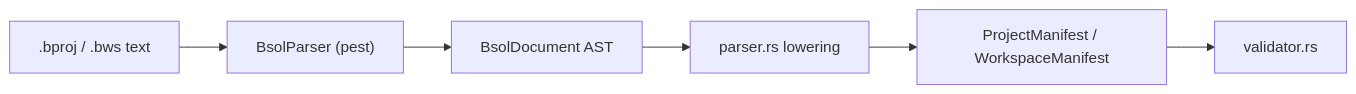
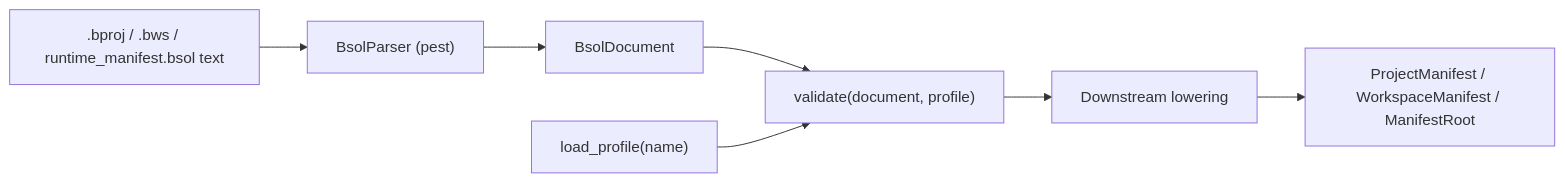
Before and after one commit to Cyber-Nomad-Collective/beskid: the diagram in site/website/src/content/docs/platform-spec/tooling/manifests-and-lockfiles/bsol/design-model.mdx, drawn with Mermaid. The commit also changed other lines of this file and 30 other files, not shown here.

````diff
--- a/site/website/src/content/docs/platform-spec/tooling/manifests-and-lockfiles/bsol/design-model.mdx
+++ b/site/website/src/content/docs/platform-spec/tooling/manifests-and-lockfiles/bsol/design-model.mdx
@@ -41,10 +47,13 @@
 ```mermaid
 flowchart LR
-  source[".bproj / .bws text"]
+  source[".bproj / .bws / runtime_manifest.bsol text"]
   pest["BsolParser (pest)"]
-  ast["BsolDocument AST"]
-  lower["parser.rs lowering"]
-  model["ProjectManifest / WorkspaceManifest"]
-  validate["validator.rs"]
-  source --> pest --> ast --> lower --> model --> validate
+  ast["BsolDocument"]
+  profile["load_profile(name)"]
+  validate["validate(document, profile)"]
+  lower["Downstream lowering"]
+  model["ProjectManifest / WorkspaceManifest / ManifestRoot"]
+  source --> pest --> ast --> validate
+  profile --> validate
+  validate --> lower --> model
 ```
````
